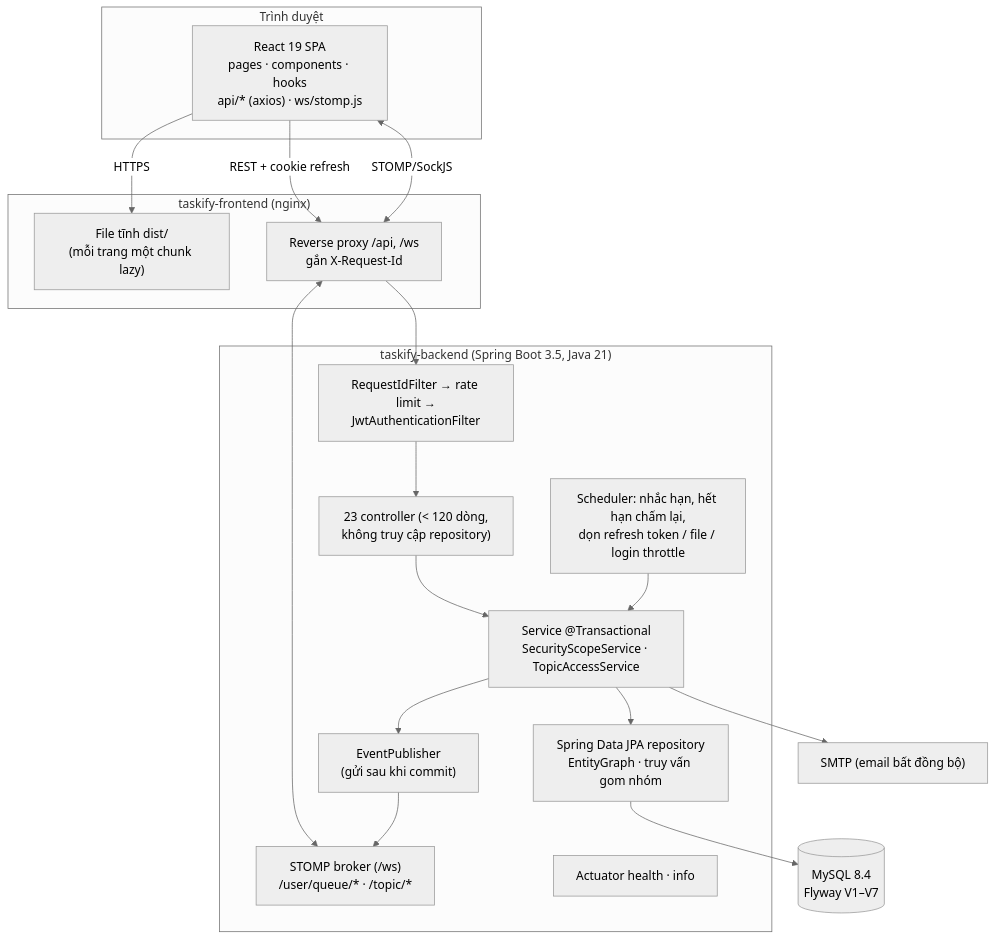
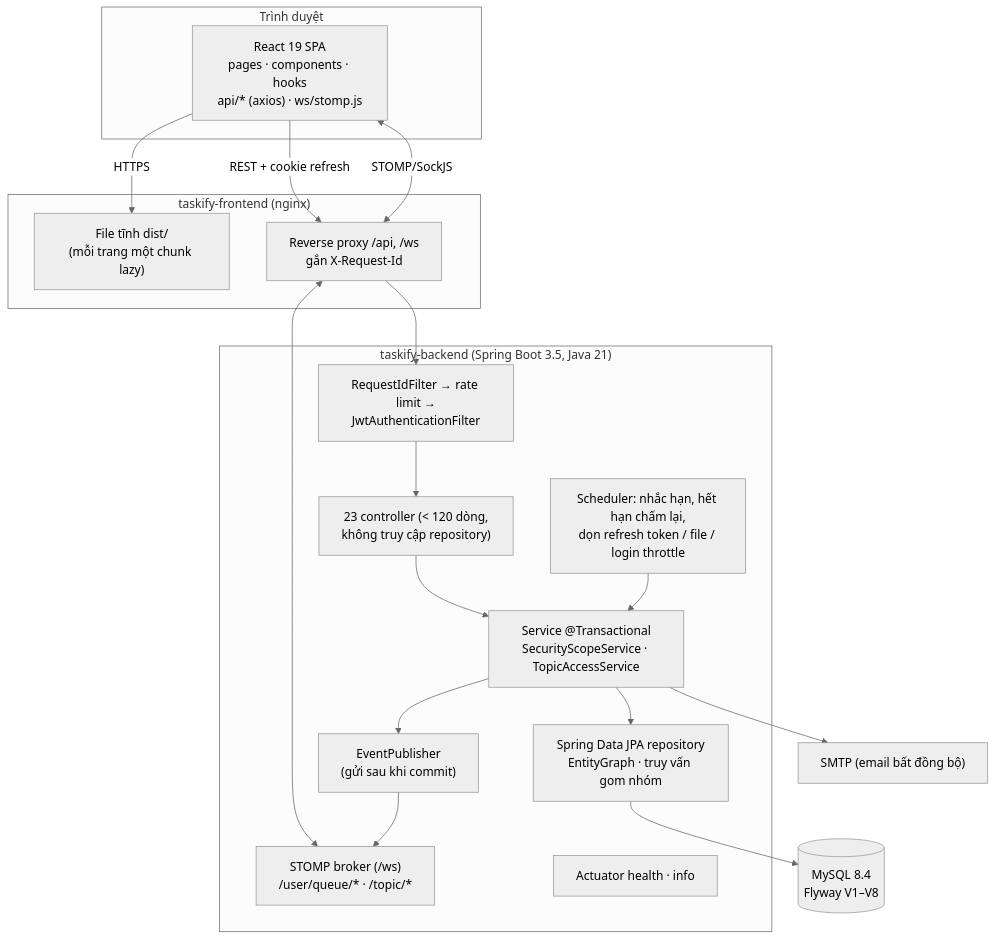
Before and after one commit to NguyenTanSang2210/Taskify: the first of 6 diagrams in docs/ARCHITECTURE.md, drawn with Mermaid (neutral theme). The commit also changed other lines of this file and 18 other files, not shown here.

````diff
--- a/docs/ARCHITECTURE.md
+++ b/docs/ARCHITECTURE.md
@@ -7,33 +7,33 @@
 ```mermaid
 flowchart TB
   subgraph Client["Trình duyệt"]
     SPA["React 19 SPA<br/>pages · components · hooks<br/>api/* (axios) · ws/stomp.js"]
   end
 
   subgraph FE["taskify-frontend (nginx)"]
     STATIC["File tĩnh dist/<br/>(mỗi trang một chunk lazy)"]
     PROXY["Reverse proxy /api, /ws<br/>gắn X-Request-Id"]
   end
 
   subgraph BE["taskify-backend (Spring Boot 3.5, Java 21)"]
     FILTERS["RequestIdFilter → rate limit →<br/>JwtAuthenticationFilter"]
     CTRL["23 controller (< 120 dòng,<br/>không truy cập repository)"]
     SVC["Service @Transactional<br/>SecurityScopeService · TopicAccessService"]
     REPO["Spring Data JPA repository<br/>EntityGraph · truy vấn gom nhóm"]
     WS["STOMP broker (/ws)<br/>/user/queue/* · /topic/*"]
     EVT["EventPublisher<br/>(gửi sau khi commit)"]
     JOBS["Scheduler: nhắc hạn, hết hạn chấm lại,<br/>dọn refresh token / file / login throttle"]
     ACT["Actuator health · info"]
   end
 
-  DB[("MySQL 8.4<br/>Flyway V1–V7")]
+  DB[("MySQL 8.4<br/>Flyway V1–V8")]
   MAIL["SMTP (email bất đồng bộ)"]
 
   SPA -->|HTTPS| STATIC
   SPA -->|REST + cookie refresh| PROXY --> FILTERS --> CTRL --> SVC --> REPO --> DB
   SPA <-->|STOMP/SockJS| PROXY
   PROXY <--> WS
   SVC --> EVT --> WS
   SVC --> MAIL
   JOBS --> SVC
 ```
````
